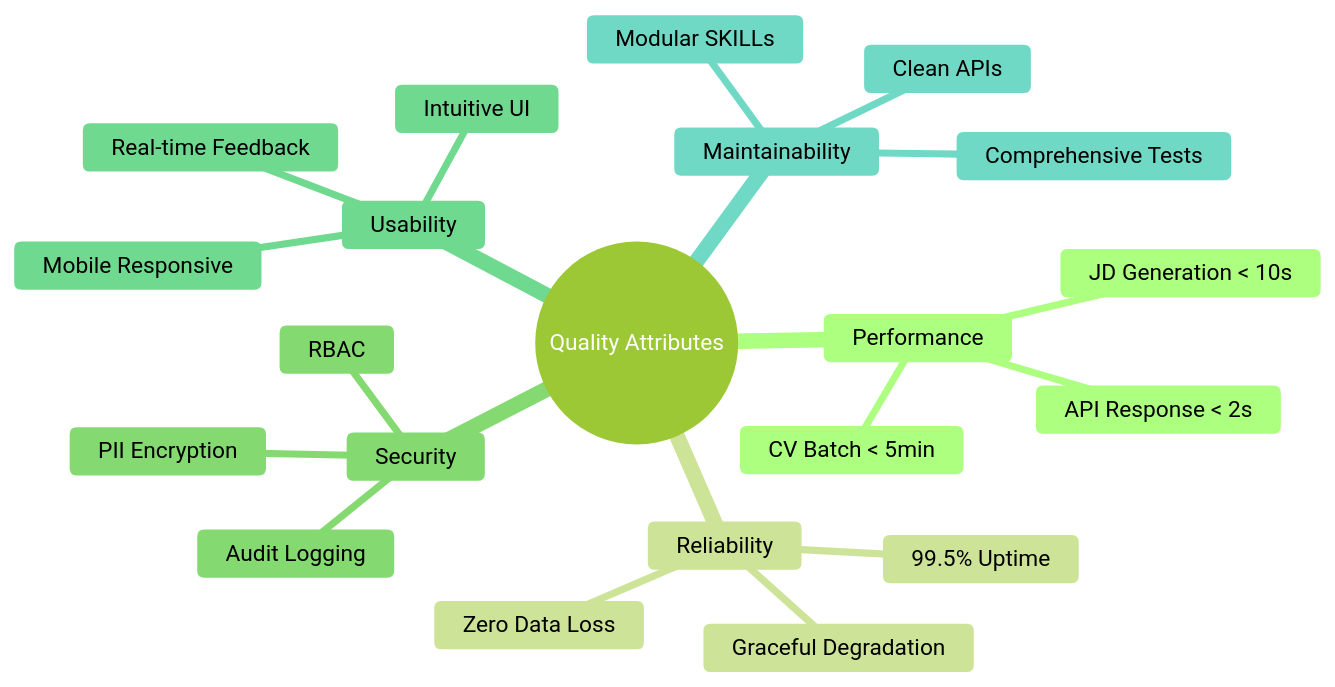
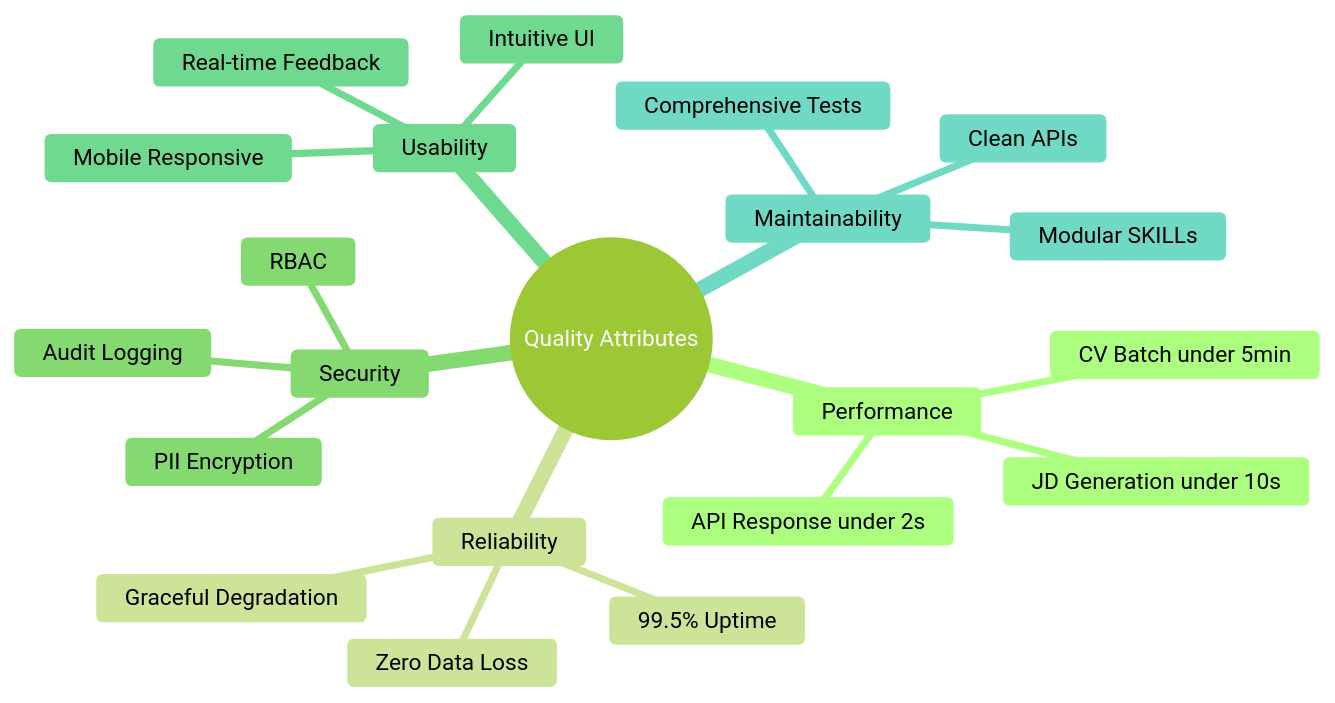
Before and after one commit to YaG-Lab/SpecHire: the first of 15 diagrams in docs/2_architecture/01_system_architecture.md, drawn with Mermaid (forest theme). The commit also changed other lines of this file and 2 other files, not shown here.

First line of the commit message:
docs: update architecture diagrams with improved formatting and clarity

````diff
--- a/docs/2_architecture/01_system_architecture.md
+++ b/docs/2_architecture/01_system_architecture.md
@@ -37,24 +37,24 @@
 ```mermaid
 mindmap
   root((Quality Attributes))
     Performance
-      JD Generation < 10s
-      CV Batch < 5min
-      API Response < 2s
+      JD Generation under 10s
+      CV Batch under 5min
+      API Response under 2s
     Reliability
       99.5% Uptime
       Zero Data Loss
       Graceful Degradation
     Security
       PII Encryption
       RBAC
       Audit Logging
     Usability
       Intuitive UI
       Real-time Feedback
       Mobile Responsive
     Maintainability
       Modular SKILLs
       Clean APIs
       Comprehensive Tests
 ```
````
